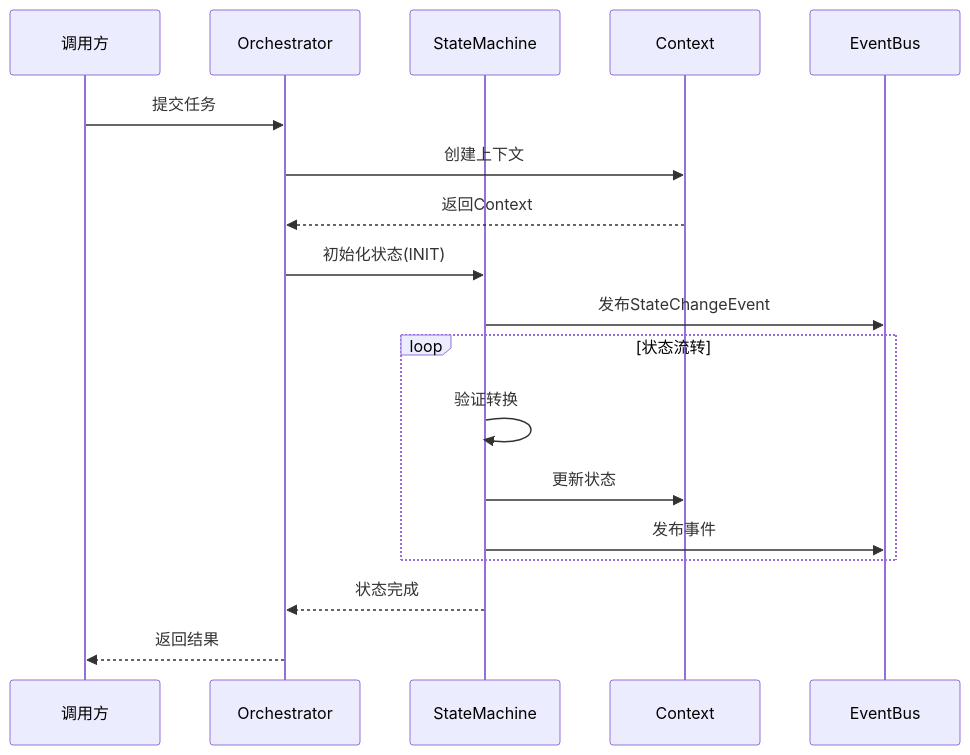
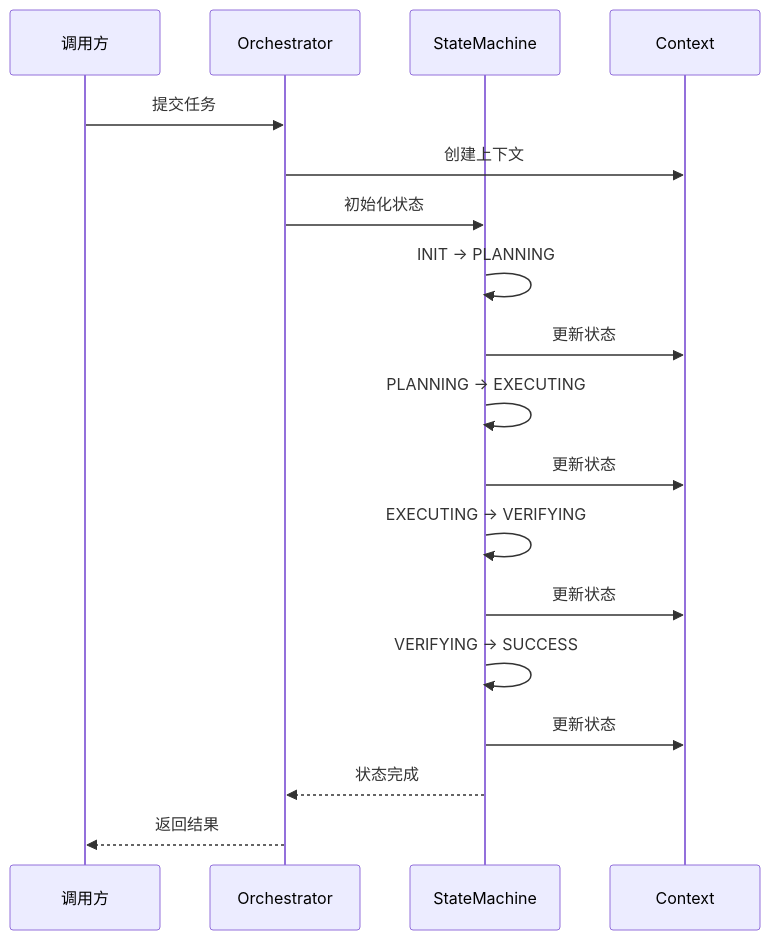
Before and after one commit to Aiting-for-you/OpsPilot: the second of 2 diagrams in OpsPilot/docs/architecture/module-core.md, drawn with Mermaid. The commit also changed other lines of this file and 6 other files, not shown here.

Commit message:
style: 重构架构图设计，采用C4模型原则

````diff
--- a/OpsPilot/docs/architecture/module-core.md
+++ b/OpsPilot/docs/architecture/module-core.md
@@ -33,24 +29,26 @@
 ```mermaid
 sequenceDiagram
     participant Client as 调用方
-    participant Orch as Orchestrator
+    participant ORCH as Orchestrator
     participant FSM as StateMachine
     participant CTX as Context
-    participant EVT as EventBus
 
-    Client->>Orch: 提交任务
-    Orch->>CTX: 创建上下文
-    CTX-->>Orch: 返回Context
-    
-    Orch->>FSM: 初始化状态(INIT)
-    FSM->>EVT: 发布StateChangeEvent
-    
-    loop 状态流转
-        FSM->>FSM: 验证转换
-        FSM->>CTX: 更新状态
-        FSM->>EVT: 发布事件
-    end
-    
-    FSM-->>Orch: 状态完成
-    Orch-->>Client: 返回结果
+    Client->>ORCH: 提交任务
+    ORCH->>CTX: 创建上下文
+    ORCH->>FSM: 初始化状态
+
+    FSM->>FSM: INIT → PLANNING
+    FSM->>CTX: 更新状态
+
+    FSM->>FSM: PLANNING → EXECUTING
+    FSM->>CTX: 更新状态
+
+    FSM->>FSM: EXECUTING → VERIFYING
+    FSM->>CTX: 更新状态
+
+    FSM->>FSM: VERIFYING → SUCCESS
+    FSM->>CTX: 更新状态
+
+    FSM-->>ORCH: 状态完成
+    ORCH-->>Client: 返回结果
 ```
````
